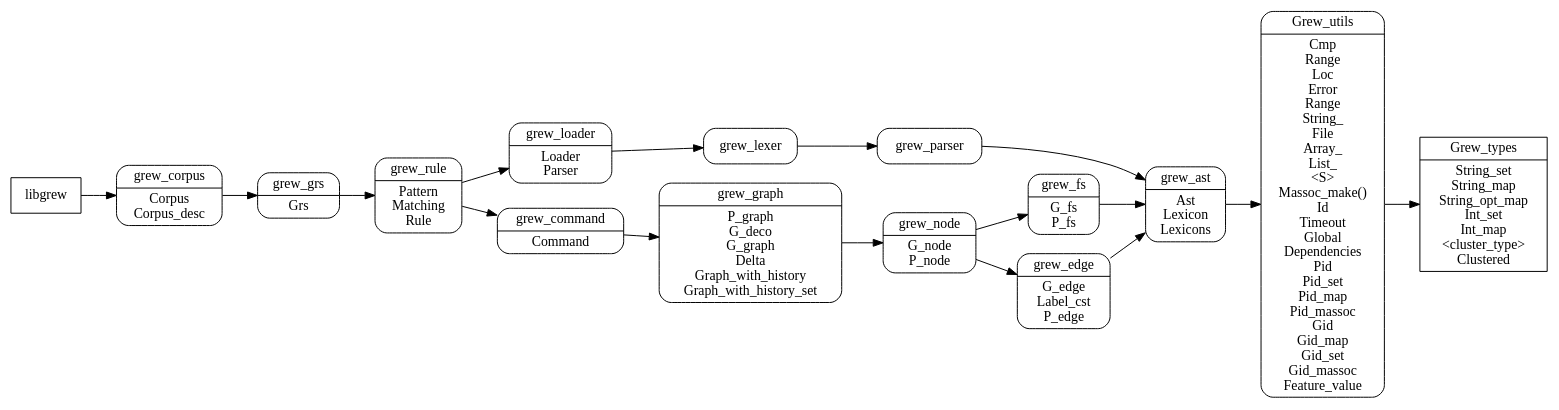
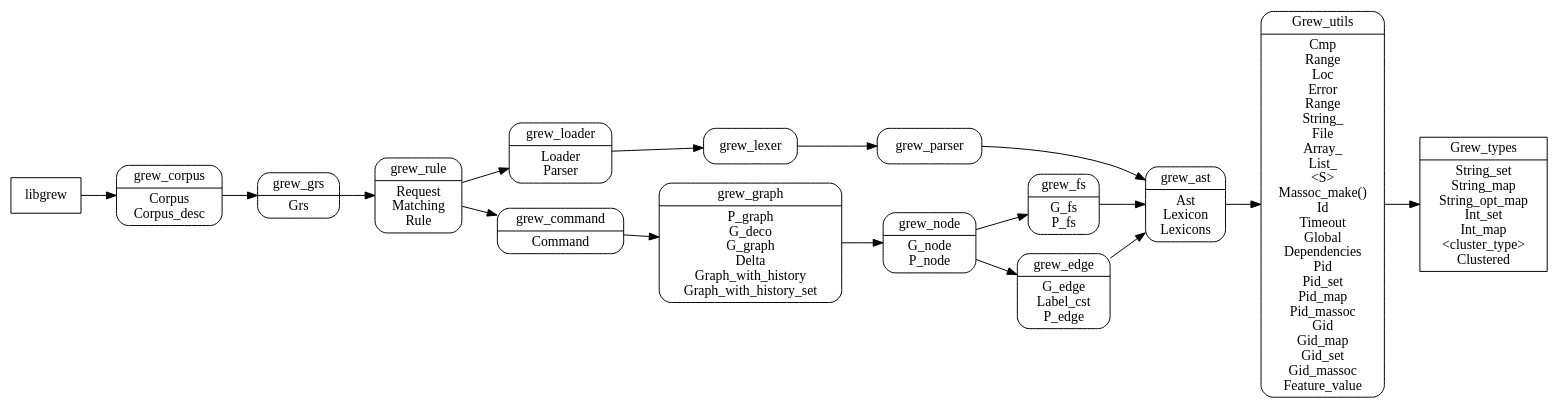
The diagram in dev/arch.dot (grew-nlp/grewlib), drawn with Graphviz before and after one commit. The commit also changed 7 other files, not shown here.

Commit message:
⚠️  rename Pattern to Request

```diff
--- a/dev/arch.dot
+++ b/dev/arch.dot
@@ -1,30 +1,30 @@
 digraph grew {
   node [shape=Mrecord];
   rankdir = LR;
   Grew_types [fillcolor=yellow, shape=record, label="Grew_types|String_set\nString_map\nString_opt_map\nInt_set\nInt_map\n&lt;cluster_type&gt;\nClustered"]
   Grew_utils [label="Grew_utils|Cmp\nRange\nLoc\nError\nRange\nString_\nFile\nArray_\nList_\n&lt;S&gt;\nMassoc_make()\nId\nTimeout\nGlobal\nDependencies\nPid\nPid_set\nPid_map\nPid_massoc\nGid\nGid_map\nGid_set\nGid_massoc\nFeature_value"]
   grew_ast [label="grew_ast|Ast\nLexicon\nLexicons"]
   grew_loader [label="grew_loader|Loader\nParser"]
   grew_fs [label="grew_fs|G_fs\nP_fs"]
   grew_edge [label="grew_edge|G_edge\nLabel_cst\nP_edge"]
   grew_node [label="grew_node|G_node\nP_node"]
   grew_command [label="grew_command|Command"]
   grew_graph [label="grew_graph|P_graph\nG_deco\nG_graph\nDelta\nGraph_with_history\nGraph_with_history_set"]
-  grew_rule [label="grew_rule|Pattern\nMatching\nRule"]
+  grew_rule [label="grew_rule|Request\nMatching\nRule"]
   grew_grs [label="grew_grs|Grs"]
   grew_corpus [label="grew_corpus|Corpus\nCorpus_desc"]
   libgrew [fillcolor=yellow, shape=record]
 grew_ast -> Grew_utils -> Grew_types
 grew_edge -> grew_ast
 grew_fs -> grew_ast
 grew_command -> grew_graph
 grew_node -> grew_edge
 grew_node -> grew_fs
 grew_graph -> grew_node
 grew_rule -> grew_command
 grew_grs -> grew_rule
 grew_rule -> grew_loader -> grew_lexer -> grew_parser -> grew_ast
 grew_corpus -> grew_grs
 libgrew -> grew_corpus
 
 }
```
